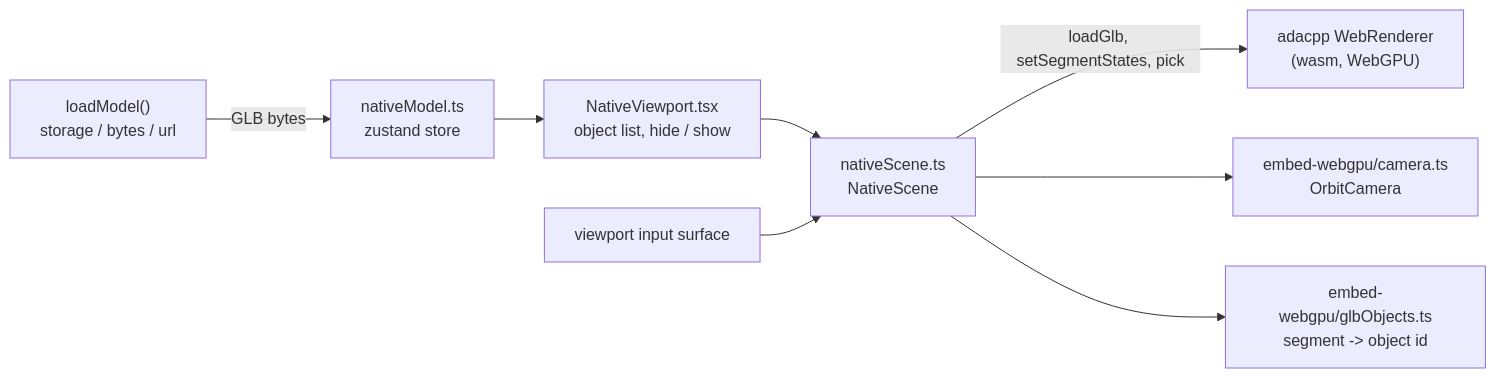
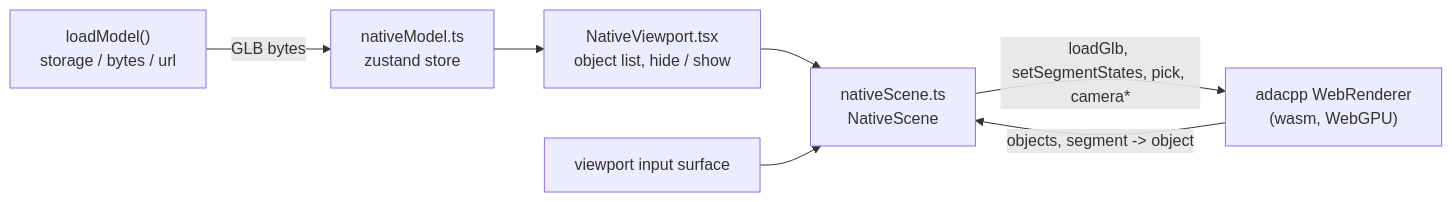
Before and after one commit to Krande/adapy: the diagram in docs/architecture/threejs_free_viewport.md, drawn with Mermaid. The commit also changed other lines of this file and 33 other files, not shown here.

````diff
--- a/docs/architecture/threejs_free_viewport.md
+++ b/docs/architecture/threejs_free_viewport.md
@@ -37,10 +37,9 @@
 ```mermaid
 flowchart LR
     LOAD["loadModel()<br/>storage / bytes / url"] -->|GLB bytes| STORE["nativeModel.ts<br/>zustand store"]
     STORE --> VIEW["NativeViewport.tsx<br/>object list, hide / show"]
     VIEW --> SCENE["nativeScene.ts<br/>NativeScene"]
-    SCENE -->|loadGlb, setSegmentStates, pick| R["adacpp WebRenderer<br/>(wasm, WebGPU)"]
-    SCENE --> CAM["embed-webgpu/camera.ts<br/>OrbitCamera"]
-    SCENE --> NAMES["embed-webgpu/glbObjects.ts<br/>segment -> object id"]
+    SCENE -->|loadGlb, setSegmentStates, pick, camera*| R["adacpp WebRenderer<br/>(wasm, WebGPU)"]
+    R -->|objects, segment -> object| SCENE
     INPUT["viewport input surface"] --> SCENE
 ```
````
